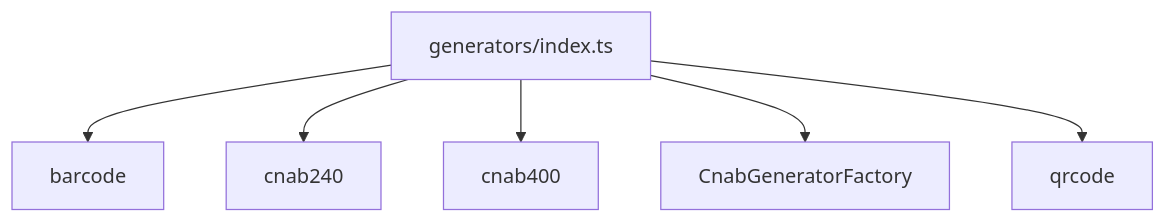
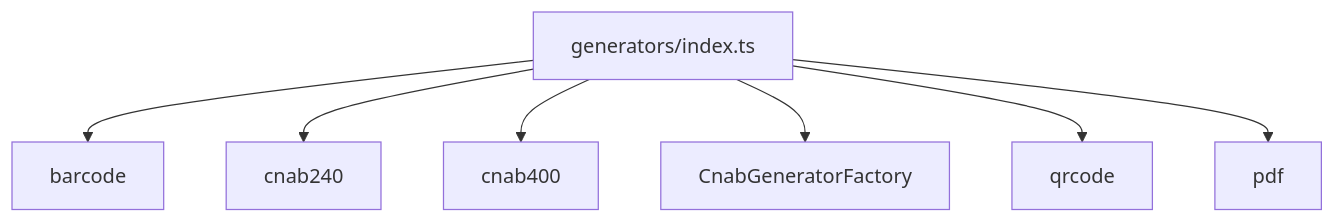
Before and after one commit to linkiez/BoletoSDK: the diagram in src/generators/index.doc.md, drawn with Mermaid. The commit also changed other lines of this file and 8 other files, not shown here.

````diff
--- a/src/generators/index.doc.md
+++ b/src/generators/index.doc.md
@@ -28,8 +29,9 @@
 ```mermaid
 flowchart TD
   A[generators/index.ts] --> B[barcode]
   A --> C[cnab240]
   A --> D[cnab400]
   A --> E[CnabGeneratorFactory]
   A --> F[qrcode]
+  A --> G[pdf]
 ```
````
